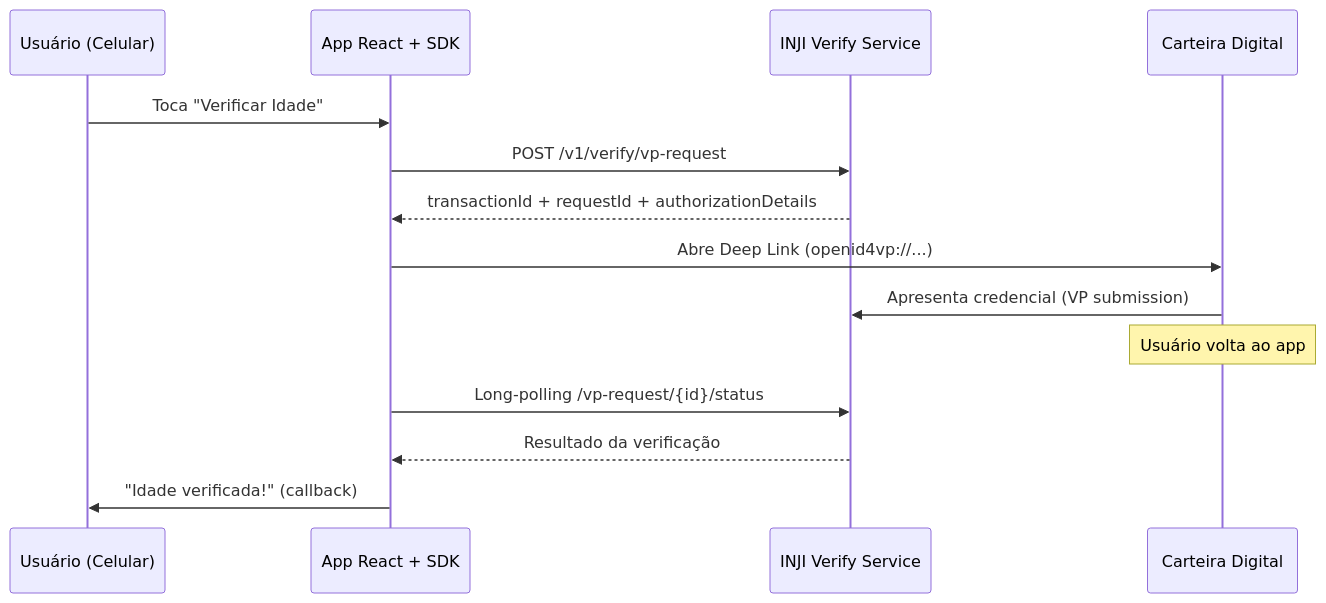
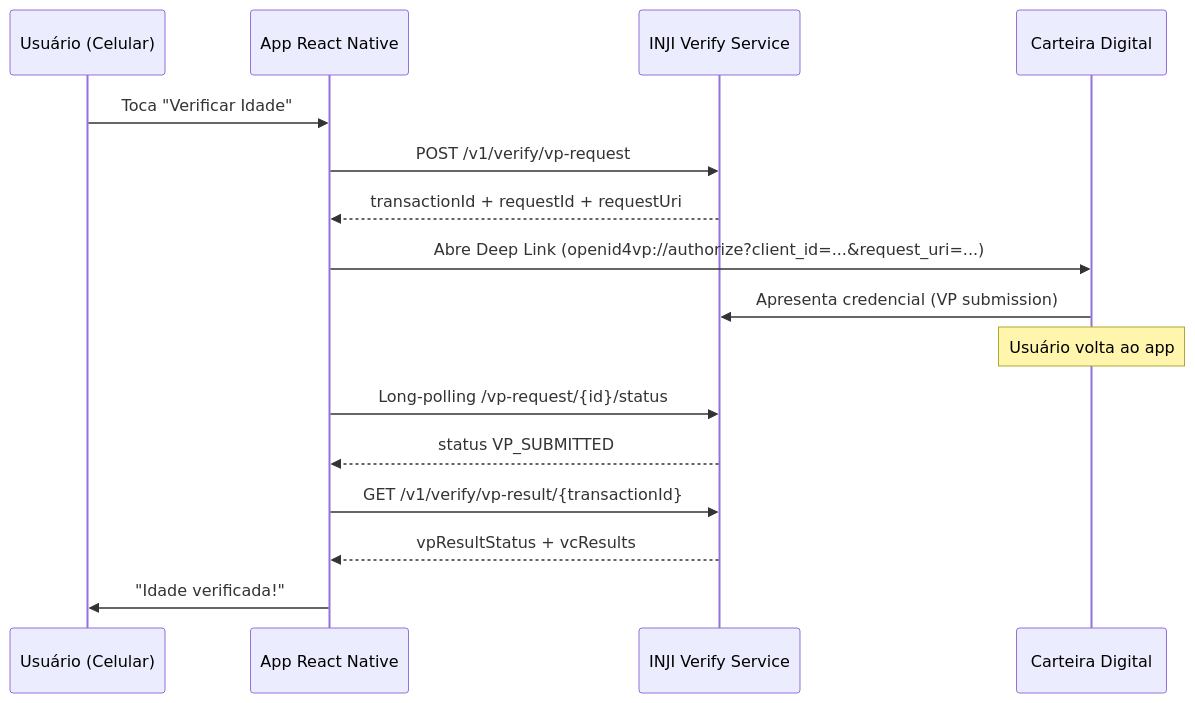
The second of 2 diagrams in fluxo-verificacao.qmd (infraestrutura-digital/verificaidade_dev), drawn with Mermaid before and after one commit. The commit also changed other lines of this file and 21 other files, not shown here.

````diff
--- a/fluxo-verificacao.qmd
+++ b/fluxo-verificacao.qmd
@@ -36,17 +38,19 @@
 ```{mermaid}
 sequenceDiagram
     participant U as Usuário (Celular)
-    participant SDK as App React + SDK
+    participant A as App React Native
     participant VS as INJI Verify Service
     participant W as Carteira Digital
 
-    U->>SDK: Toca "Verificar Idade"
-    SDK->>VS: POST /v1/verify/vp-request
-    VS-->>SDK: transactionId + requestId + authorizationDetails
-    SDK->>W: Abre Deep Link (openid4vp://...)
+    U->>A: Toca "Verificar Idade"
+    A->>VS: POST /v1/verify/vp-request
+    VS-->>A: transactionId + requestId + requestUri
+    A->>W: Abre Deep Link (openid4vp://authorize?client_id=...&request_uri=...)
     W->>VS: Apresenta credencial (VP submission)
     Note over W: Usuário volta ao app
-    SDK->>VS: Long-polling /vp-request/{id}/status
-    VS-->>SDK: Resultado da verificação
-    SDK->>U: "Idade verificada!" (callback)
+    A->>VS: Long-polling /vp-request/{id}/status
+    VS-->>A: status VP_SUBMITTED
+    A->>VS: GET /v1/verify/vp-result/{transactionId}
+    VS-->>A: vpResultStatus + vcResults
+    A->>U: "Idade verificada!"
 ```
````
